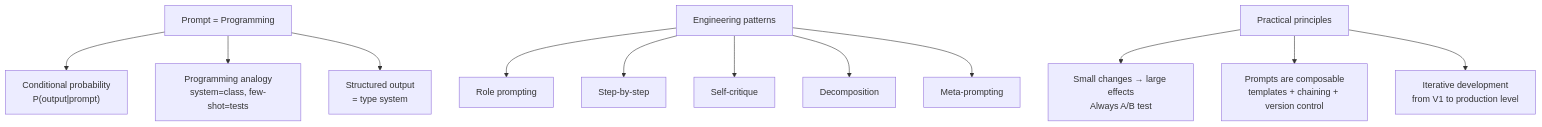
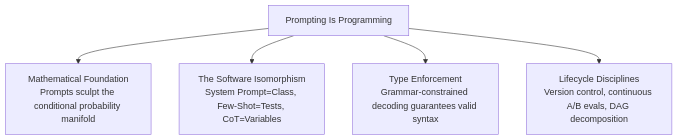
The fourth of 4 diagrams in en/chapters/09-prompting.md (yingwang/thinking-in-llm), drawn with Mermaid before and after one commit. The commit also changed other lines of this file and 31 other files, not shown here.

````diff
--- a/en/chapters/09-prompting.md
+++ b/en/chapters/09-prompting.md
@@ -775,16 +509,7 @@
 ```mermaid
 graph TB
-    A["Prompt = Programming"] --> B["Conditional probability<br/>P(output|prompt)"]
-    A --> C["Programming analogy<br/>system=class, few-shot=tests"]
-    A --> D["Structured output<br/>= type system"]
-
-    E["Engineering patterns"] --> F["Role prompting"]
-    E --> G["Step-by-step"]
-    E --> H["Self-critique"]
-    E --> I["Decomposition"]
-    E --> J["Meta-prompting"]
-
-    K["Practical principles"] --> L["Small changes → large effects<br/>Always A/B test"]
-    K --> M["Prompts are composable<br/>templates + chaining + version control"]
-    K --> N["Iterative development<br/>from V1 to production level"]
+    A["Prompting Is Programming"] --> B["Mathematical Foundation<br/>Prompts sculpt the conditional probability manifold"]
+    A --> C["The Software Isomorphism<br/>System Prompt=Class, Few-Shot=Tests, CoT=Variables"]
+    A --> D["Type Enforcement<br/>Grammar-constrained decoding guarantees valid syntax"]
+    A --> E["Lifecycle Disciplines<br/>Version control, continuous A/B evals, DAG decomposition"]
 ```
````
